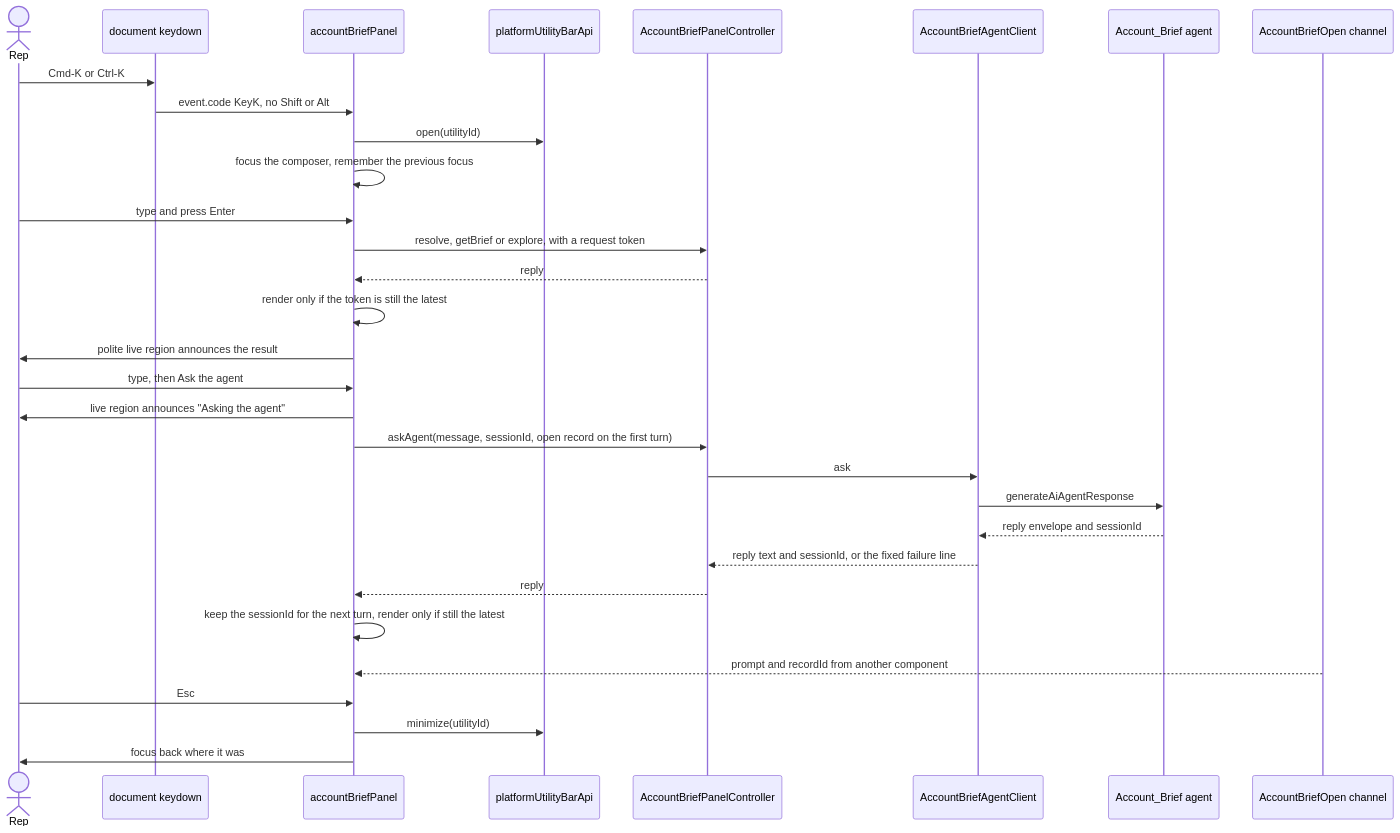
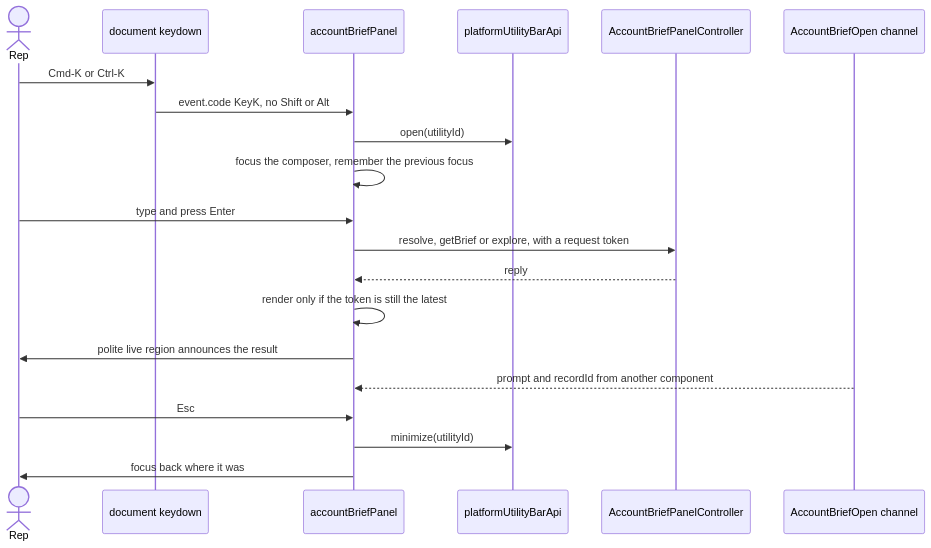
The diagram in docs/patterns/03-hotkey-panel.md (nelsben/generic-agent), drawn with Mermaid before and after one commit. The commit also changed other lines of this file and 21 other files, not shown here.

First line of the commit message:
FE-20: retire Ask the agent and the built-in panel as a way in

````diff
--- a/docs/patterns/03-hotkey-panel.md
+++ b/docs/patterns/03-hotkey-panel.md
@@ -18,33 +18,22 @@
 ```mermaid
 sequenceDiagram
     actor U as Rep
     participant DOC as document keydown
     participant P as accountBriefPanel
     participant UB as platformUtilityBarApi
     participant C as AccountBriefPanelController
-    participant AC as AccountBriefAgentClient
-    participant AG as Account_Brief agent
     participant LMS as AccountBriefOpen channel
     U->>DOC: Cmd-K or Ctrl-K
     DOC->>P: event.code KeyK, no Shift or Alt
     P->>UB: open(utilityId)
     P->>P: focus the composer, remember the previous focus
     U->>P: type and press Enter
     P->>C: resolve, getBrief or explore, with a request token
     C-->>P: reply
     P->>P: render only if the token is still the latest
     P->>U: polite live region announces the result
-    U->>P: type, then Ask the agent
-    P->>U: live region announces "Asking the agent"
-    P->>C: askAgent(message, sessionId, open record on the first turn)
-    C->>AC: ask
-    AC->>AG: generateAiAgentResponse
-    AG-->>AC: reply envelope and sessionId
-    AC-->>C: reply text and sessionId, or the fixed failure line
-    C-->>P: reply
-    P->>P: keep the sessionId for the next turn, render only if still the latest
     LMS-->>P: prompt and recordId from another component
     U->>P: Esc
     P->>UB: minimize(utilityId)
     P->>U: focus back where it was
 ```
````
